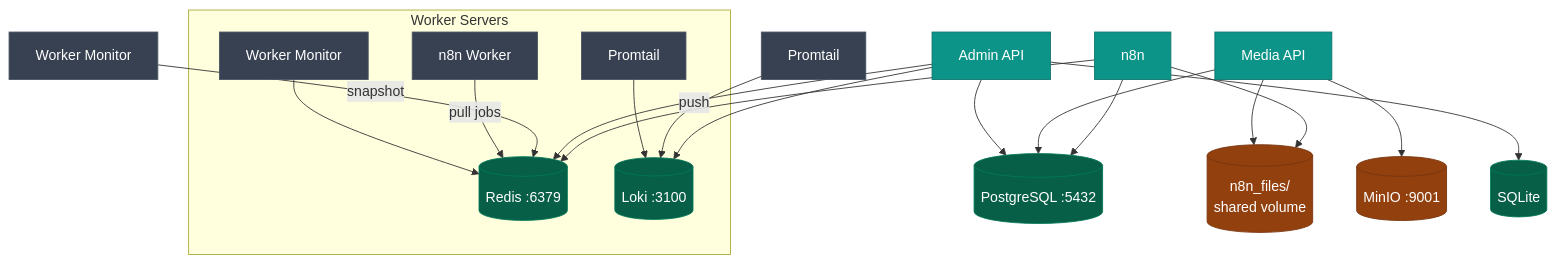
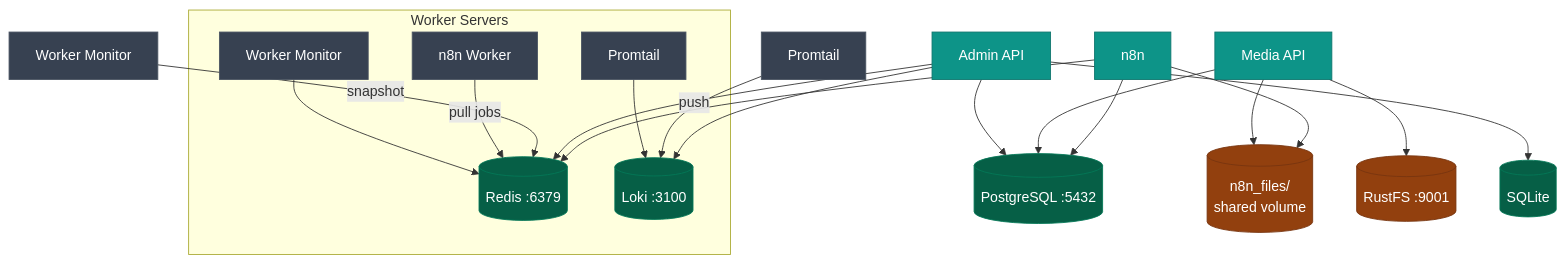
One commit to 1atharvad/n8n-self-hosted changed the second of 2 diagrams in docs/src/content/docs/architecture/services-map.md. Above: the diagram before and after it, drawn with Mermaid. The commit also changed other lines of this file and 20 other files, not shown here.

````diff
--- a/docs/src/content/docs/architecture/services-map.md
+++ b/docs/src/content/docs/architecture/services-map.md
@@ -42,34 +42,34 @@
 ```mermaid
 graph TD
     n8n["n8n"] --> PG[("PostgreSQL  :5432")]
     n8n --> Redis[("Redis  :6379")]
     n8n --> SharedVol[("n8n_files/\nshared volume")]
 
     MediaAPI["Media API"] --> PG
-    MediaAPI --> MinIO[("MinIO  :9001")]
+    MediaAPI --> RustFS[("RustFS  :9001")]
     MediaAPI --> SharedVol
 
     AdminAPI["Admin API"] --> PG
     AdminAPI --> Redis
     AdminAPI --> Loki[("Loki  :3100")]
     AdminAPI --> SQLite[("SQLite")]
 
     WorkerMon["Worker Monitor"] -->|"snapshot"| Redis
     Promtail["Promtail"] -->|"push"| Loki
 
     subgraph Workers["Worker Servers"]
         N8NWorker["n8n Worker"] -->|"pull jobs"| Redis
         PromtailW["Promtail"] --> Loki
         WorkerMonW["Worker Monitor"] --> Redis
     end
 
     classDef svc fill:#0d9488,color:#fff,stroke:#0f766e
     classDef db fill:#065f46,color:#fff,stroke:#047857
     classDef store fill:#92400e,color:#fff,stroke:#78350f
     classDef mon fill:#374151,color:#fff,stroke:#4b5563
 
     class n8n,MediaAPI,AdminAPI svc
     class PG,Redis,Loki,SQLite db
-    class MinIO,SharedVol store
+    class RustFS,SharedVol store
     class WorkerMon,Promtail,N8NWorker,PromtailW,WorkerMonW mon
 ```
````
